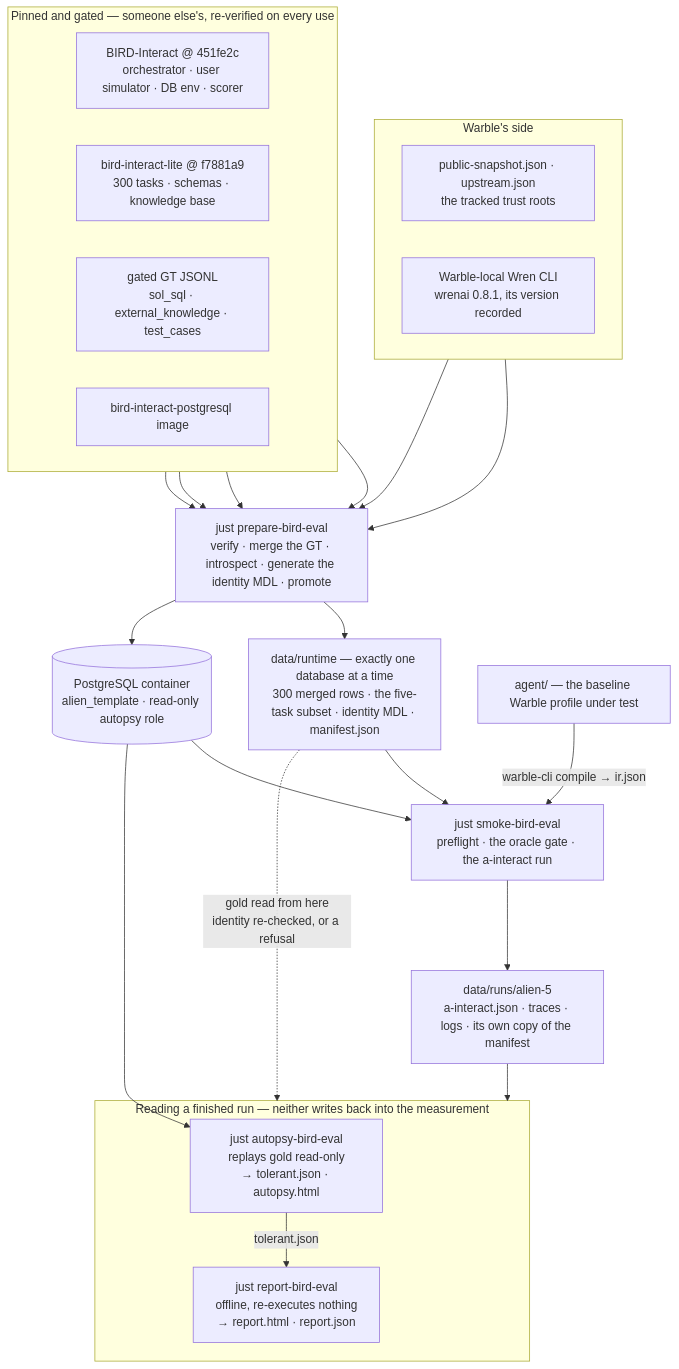
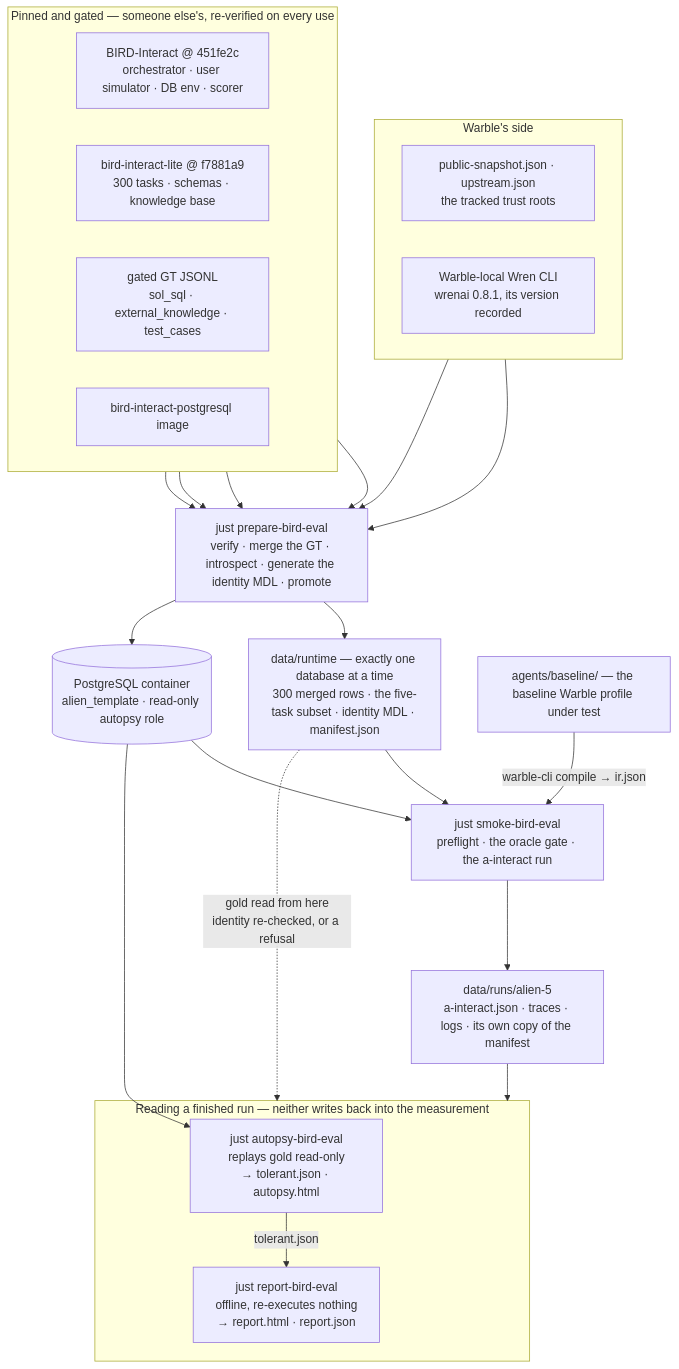
Before and after one commit to Canner/Warble: the first of 2 diagrams in eval/bird-interact/README.md, drawn with Mermaid. The commit also changed other lines of this file and 9 other files, not shown here.

First line of the commit message:
refactor(bird-eval): move the baseline into agents/, beside its challengers

````diff
--- a/eval/bird-interact/README.md
+++ b/eval/bird-interact/README.md
@@ -102,47 +103,47 @@
 ```mermaid
 flowchart TB
     subgraph EXTERNAL["Pinned and gated — someone else's, re-verified on every use"]
         direction LR
         CODE["BIRD-Interact @ 451fe2c<br/>orchestrator · user simulator · DB env · scorer"]
         DATA["bird-interact-lite @ f7881a9<br/>300 tasks · schemas · knowledge base"]
         GOLD["gated GT JSONL<br/>sol_sql · external_knowledge · test_cases"]
         IMAGE["bird-interact-postgresql image"]
     end
 
     subgraph MINE["Warble's side"]
         direction LR
         TRUST["public-snapshot.json · upstream.json<br/>the tracked trust roots"]
         WRENBIN["Warble-local Wren CLI<br/>wrenai 0.8.1, its version recorded"]
     end
 
     PREPARE["just prepare-bird-eval<br/>verify · merge the GT · introspect · generate the identity MDL · promote"]
     CODE --> PREPARE
     DATA --> PREPARE
     GOLD --> PREPARE
     IMAGE --> PREPARE
     TRUST --> PREPARE
     WRENBIN --> PREPARE
 
     RUNTIME["data/runtime — exactly one database at a time<br/>300 merged rows · the five-task subset · identity MDL · manifest.json"]
     PGDB[("PostgreSQL container<br/>alien_template · read-only autopsy role")]
     PREPARE --> RUNTIME
     PREPARE --> PGDB
 
-    PROFILE["agent/ — the baseline Warble profile under test"]
+    PROFILE["agents/baseline/ — the baseline Warble profile under test"]
     SMOKE["just smoke-bird-eval<br/>preflight · the oracle gate · the a-interact run"]
     PROFILE -- "warble-cli compile → ir.json" --> SMOKE
     RUNTIME --> SMOKE
     PGDB --> SMOKE
 
     RUNDIR["data/runs/alien-5<br/>a-interact.json · traces · logs · its own copy of the manifest"]
     SMOKE --> RUNDIR
 
     subgraph READ["Reading a finished run — neither writes back into the measurement"]
         AUTOPSY["just autopsy-bird-eval<br/>replays gold read-only<br/>→ tolerant.json · autopsy.html"]
         REPORT["just report-bird-eval<br/>offline, re-executes nothing<br/>→ report.html · report.json"]
         AUTOPSY -- "tolerant.json" --> REPORT
     end
     RUNDIR --> READ
     PGDB --> AUTOPSY
     RUNTIME -. "gold read from here<br/>identity re-checked, or a refusal" .-> READ
 ```
````
